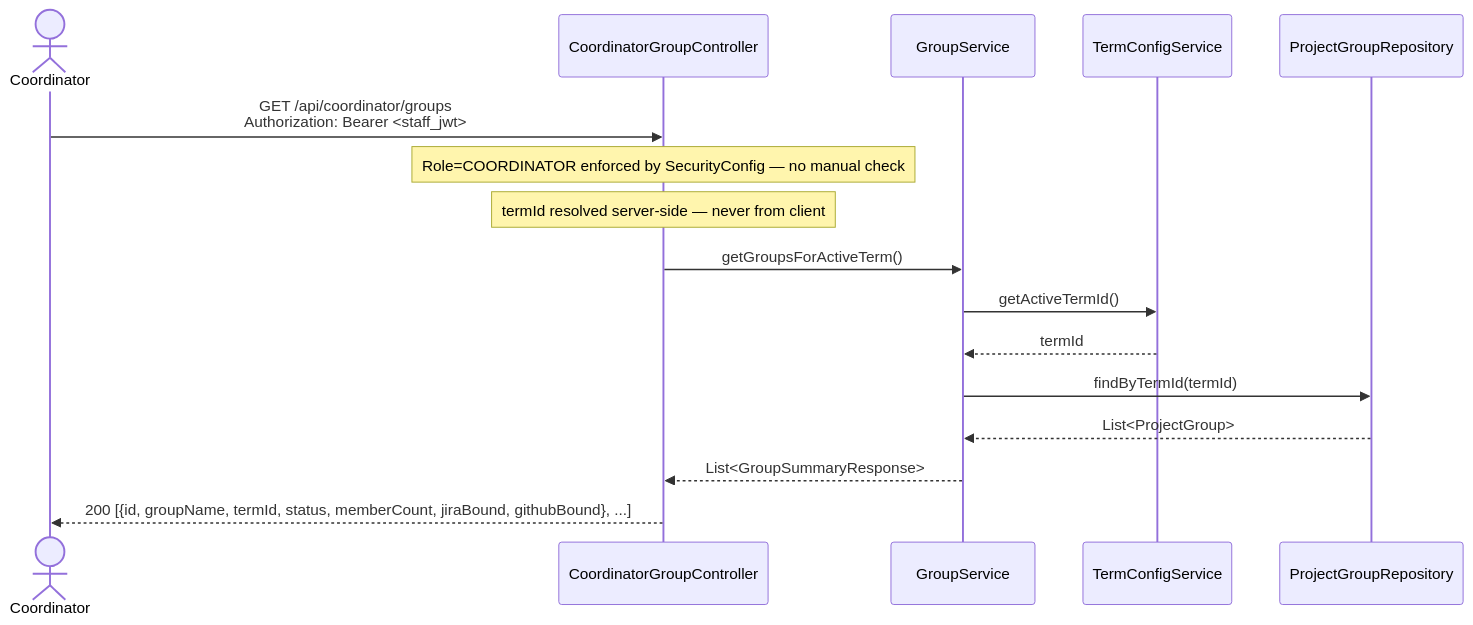
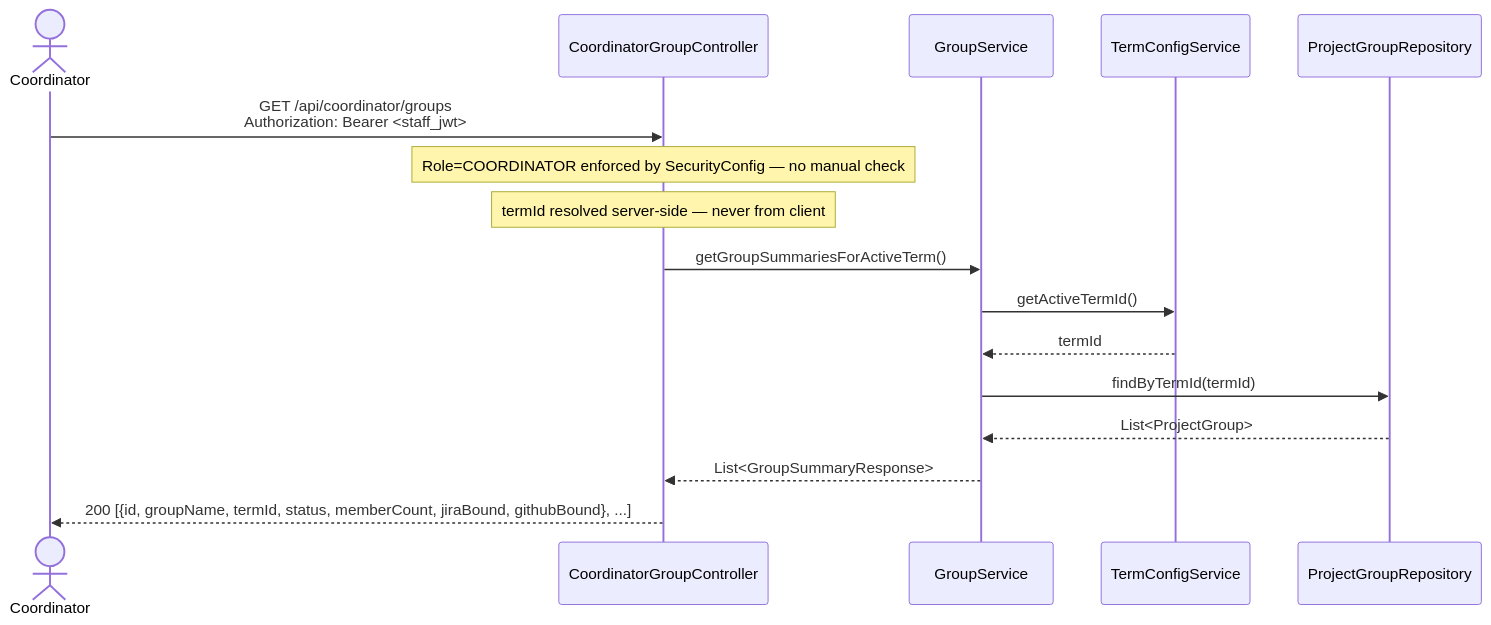
Before and after one commit to SE3318-Spring-2025-2026/senior-app-6: the first of 4 diagrams in docs/process2/sequences/2.6_coordinator_override_p2.md, drawn with Mermaid. The commit also changed other lines of this file and 4 other files, not shown here.

````diff
--- a/docs/process2/sequences/2.6_coordinator_override_p2.md
+++ b/docs/process2/sequences/2.6_coordinator_override_p2.md
@@ -14,24 +14,24 @@
 ```mermaid
 sequenceDiagram
     actor Coordinator
     participant CoordinatorGroupController
     participant GroupService
     participant TermConfigService
     participant ProjectGroupRepository
 
     Coordinator->>CoordinatorGroupController: GET /api/coordinator/groups<br/>Authorization: Bearer <staff_jwt>
 
     Note over CoordinatorGroupController: Role=COORDINATOR enforced by SecurityConfig — no manual check
     Note over CoordinatorGroupController: termId resolved server-side — never from client
 
-    CoordinatorGroupController->>GroupService: getGroupsForActiveTerm()
+    CoordinatorGroupController->>GroupService: getGroupSummariesForActiveTerm()
 
     GroupService->>TermConfigService: getActiveTermId()
     TermConfigService-->>GroupService: termId
 
     GroupService->>ProjectGroupRepository: findByTermId(termId)
     ProjectGroupRepository-->>GroupService: List<ProjectGroup>
 
     GroupService-->>CoordinatorGroupController: List<GroupSummaryResponse>
     CoordinatorGroupController-->>Coordinator: 200 [{id, groupName, termId, status, memberCount, jiraBound, githubBound}, ...]
 ```
````
